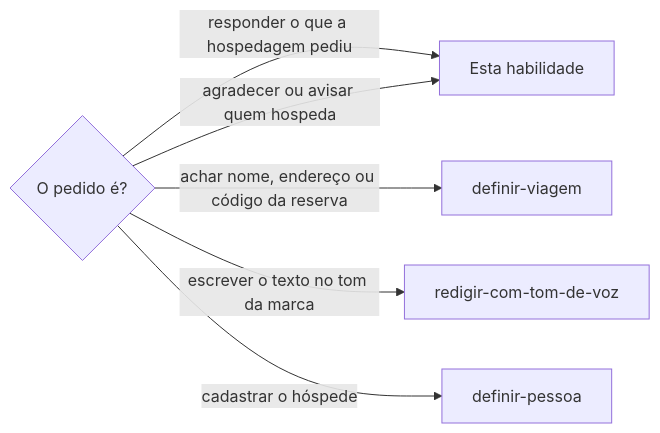
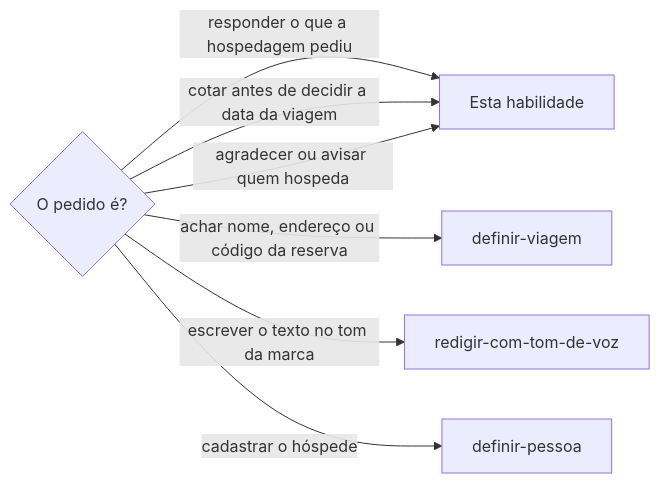
One commit to jimmyandrade/harness changed the diagram in .agents/skills/definir-hospedagem/SKILL.md. Above: the diagram before and after it, drawn with Mermaid. The commit also changed other lines of this file, not shown here.

````diff
--- a/.agents/skills/definir-hospedagem/SKILL.md
+++ b/.agents/skills/definir-hospedagem/SKILL.md
@@ -34,8 +34,9 @@
 ```mermaid
 flowchart LR
   Q{O pedido é?} -->|responder o que a hospedagem pediu| E[Esta habilidade]
+  Q -->|cotar antes de decidir a data da viagem| E
   Q -->|agradecer ou avisar quem hospeda| E
   Q -->|achar nome, endereço ou código da reserva| V[definir-viagem]
   Q -->|escrever o texto no tom da marca| R[redigir-com-tom-de-voz]
   Q -->|cadastrar o hóspede| P[definir-pessoa]
 ```
````
